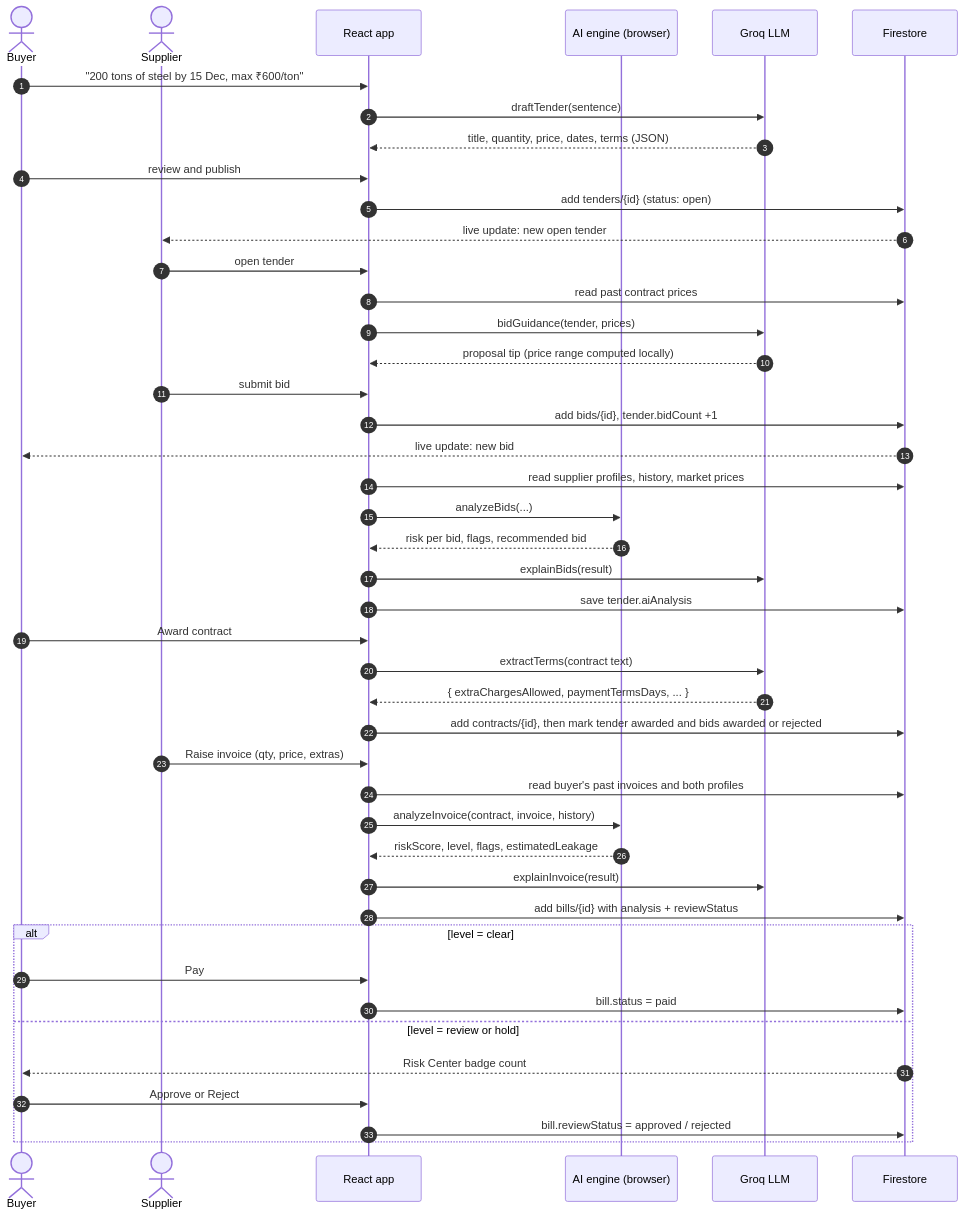
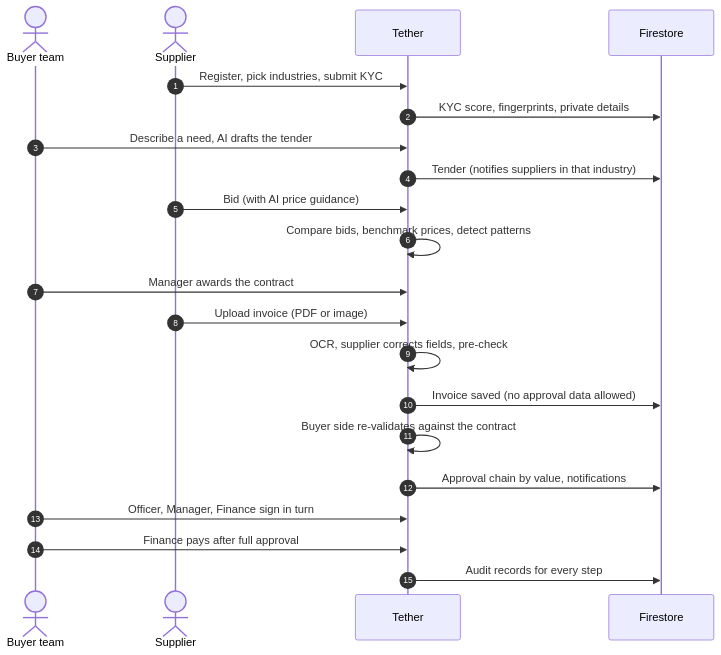
Before and after one commit to himanshu2005-tech/tether: the second of 4 diagrams in README.md, drawn with Mermaid. The commit also changed other lines of this file and 74 other files, not shown here.

Commit message:
feat: complete procurement suite with KYC, fraud engine, OCR, approvals, and audit trail

````diff
--- a/README.md
+++ b/README.md
@@ -140,51 +113,24 @@
 ```mermaid
 sequenceDiagram
     autonumber
-    actor Buyer
+    actor Buyer as Buyer team
     actor Supplier
-    participant App as React app
-    participant AI as AI engine (browser)
-    participant G as Groq LLM
+    participant App as Tether
     participant DB as Firestore
 
-    Buyer->>App: "200 tons of steel by 15 Dec, max ₹600/ton"
-    App->>G: draftTender(sentence)
-    G-->>App: title, quantity, price, dates, terms (JSON)
-    Buyer->>App: review and publish
-    App->>DB: add tenders/{id} (status: open)
-
-    DB-->>Supplier: live update: new open tender
-    Supplier->>App: open tender
-    App->>DB: read past contract prices
-    App->>G: bidGuidance(tender, prices)
-    G-->>App: proposal tip (price range computed locally)
-    Supplier->>App: submit bid
-    App->>DB: add bids/{id}, tender.bidCount +1
-
-    DB-->>Buyer: live update: new bid
-    App->>DB: read supplier profiles, history, market prices
-    App->>AI: analyzeBids(...)
-    AI-->>App: risk per bid, flags, recommended bid
-    App->>G: explainBids(result)
-    App->>DB: save tender.aiAnalysis
-    Buyer->>App: Award contract
-    App->>G: extractTerms(contract text)
-    G-->>App: { extraChargesAllowed, paymentTermsDays, ... }
-    App->>DB: add contracts/{id}, then mark tender awarded and bids awarded or rejected
-
-    Supplier->>App: Raise invoice (qty, price, extras)
-    App->>DB: read buyer's past invoices and both profiles
-    App->>AI: analyzeInvoice(contract, invoice, history)
-    AI-->>App: riskScore, level, flags, estimatedLeakage
-    App->>G: explainInvoice(result)
-    App->>DB: add bills/{id} with analysis + reviewStatus
-
-    alt level = clear
-        Buyer->>App: Pay
-        App->>DB: bill.status = paid
-    else level = review or hold
-        DB-->>Buyer: Risk Center badge count
-        Buyer->>App: Approve or Reject
-        App->>DB: bill.reviewStatus = approved / rejected
-    end
+    Supplier->>App: Register, pick industries, submit KYC
+    App->>DB: KYC score, fingerprints, private details
+    Buyer->>App: Describe a need, AI drafts the tender
+    App->>DB: Tender (notifies suppliers in that industry)
+    Supplier->>App: Bid (with AI price guidance)
+    App->>App: Compare bids, benchmark prices, detect patterns
+    Buyer->>App: Manager awards the contract
+    Supplier->>App: Upload invoice (PDF or image)
+    App->>App: OCR, supplier corrects fields, pre-check
+    App->>DB: Invoice saved (no approval data allowed)
+    App->>App: Buyer side re-validates against the contract
+    App->>DB: Approval chain by value, notifications
+    Buyer->>App: Officer, Manager, Finance sign in turn
+    Buyer->>App: Finance pays after full approval
+    App->>DB: Audit records for every step
 ```
````
